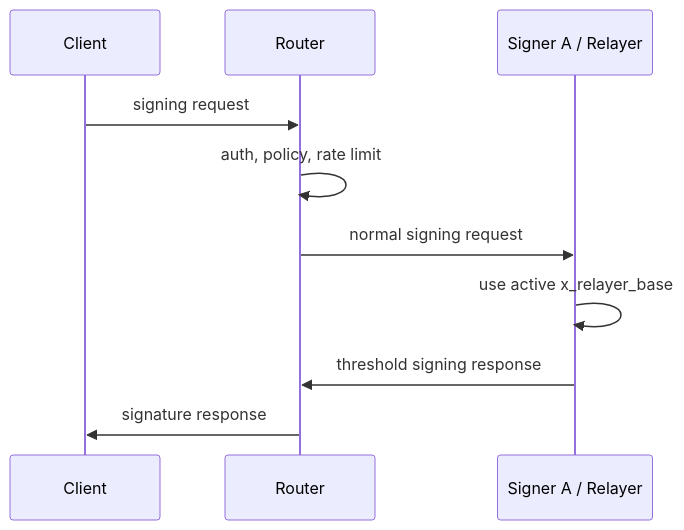
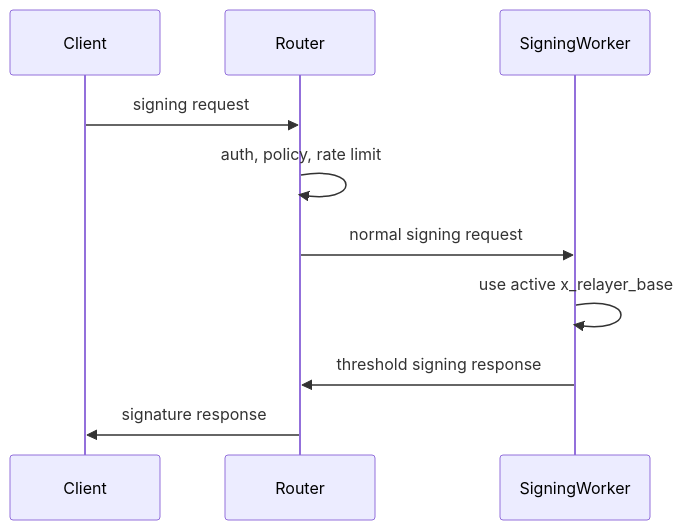
The second of 3 diagrams in docs/router-A-B-signer-SPEC.md (seams-tech/seams-sdk), drawn with Mermaid before and after one commit. The commit also changed other lines of this file and 6 other files, not shown here.

````diff
--- a/docs/router-A-B-signer-SPEC.md
+++ b/docs/router-A-B-signer-SPEC.md
@@ -1271,13 +1328,13 @@
 ```mermaid
 sequenceDiagram
   participant C as Client
   participant R as Router
-  participant A as Signer A / Relayer
+  participant SW as SigningWorker
 
   C->>R: signing request
   R->>R: auth, policy, rate limit
-  R->>A: normal signing request
-  A->>A: use active x_relayer_base
-  A->>R: threshold signing response
+  R->>SW: normal signing request
+  SW->>SW: use active x_relayer_base
+  SW->>R: threshold signing response
   R->>C: signature response
 ```
````
